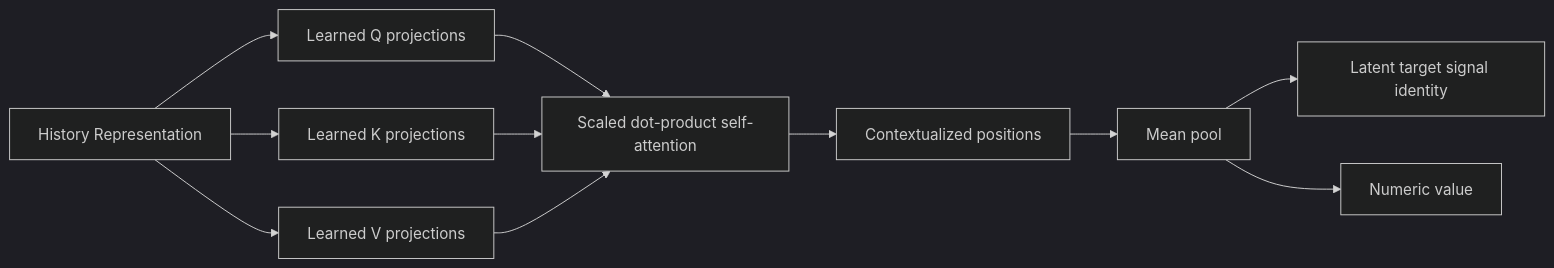
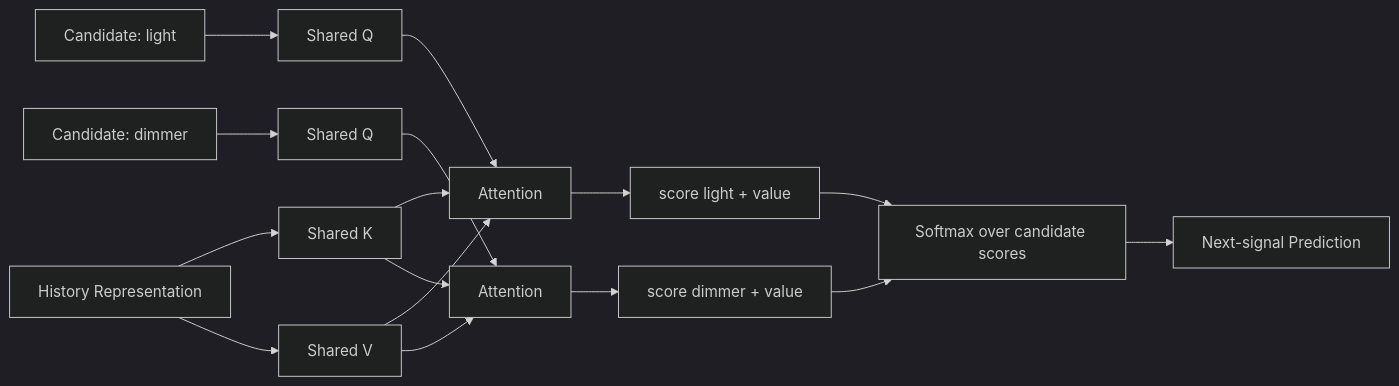
Before and after one commit to skasti/skyn-vaettr: the fifth of 6 diagrams in docs/expectations.md, drawn with Mermaid (dark theme). The commit also changed other lines of this file, not shown here.

Commit message:
Document candidate-ranked attention baseline

````diff
--- a/docs/expectations.md
+++ b/docs/expectations.md
@@ -104,13 +112,20 @@
 ```mermaid
 flowchart LR
-    R[History Representation] --> Q[Learned Q projections]
-    R --> K[Learned K projections]
-    R --> V[Learned V projections]
-    Q --> A[Scaled dot-product self-attention]
-    K --> A
-    V --> A
-    A --> C[Contextualized positions]
-    C --> P[Mean pool]
-    P --> S[Latent target signal identity]
-    P --> N[Numeric value]
+    C1[Candidate: light] --> Q1[Shared Q]
+    C2[Candidate: dimmer] --> Q2[Shared Q]
+    R[History Representation] --> K[Shared K]
+    R --> V[Shared V]
+
+    Q1 --> A1[Attention]
+    Q2 --> A2[Attention]
+    K --> A1
+    K --> A2
+    V --> A1
+    V --> A2
+
+    A1 --> S1[score light + value]
+    A2 --> S2[score dimmer + value]
+    S1 --> SM[Softmax over candidate scores]
+    S2 --> SM
+    SM --> P[Next-signal Prediction]
 ```
````
